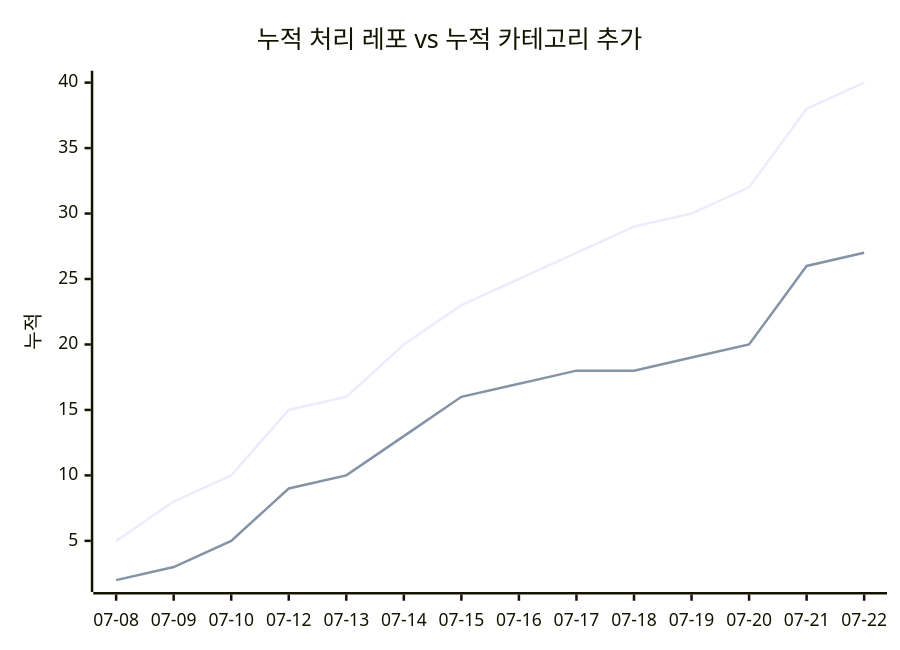
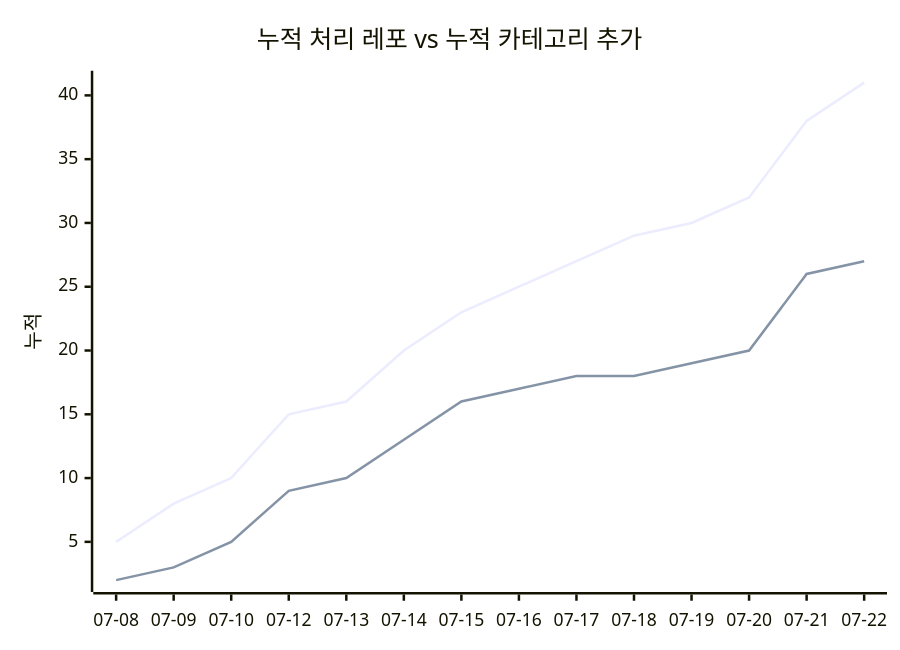
Before and after one commit to J-nowcow/awesome-korean-agent-skills: the second of 2 diagrams in docs/trends.md, drawn with Mermaid. The commit also changed other lines of this file and 2 other files, not shown here.

````diff
--- a/docs/trends.md
+++ b/docs/trends.md
@@ -68,8 +68,8 @@
 ```mermaid
 xychart-beta
     title "누적 처리 레포 vs 누적 카테고리 추가"
     x-axis ["07-08","07-09","07-10","07-12","07-13","07-14","07-15","07-16","07-17","07-18","07-19","07-20","07-21","07-22"]
     y-axis "누적"
-    line [5,8,10,15,16,20,23,25,27,29,30,32,38,40]
+    line [5,8,10,15,16,20,23,25,27,29,30,32,38,41]
     line [2,3,5,9,10,13,16,17,18,18,19,20,26,27]
 ```
````
